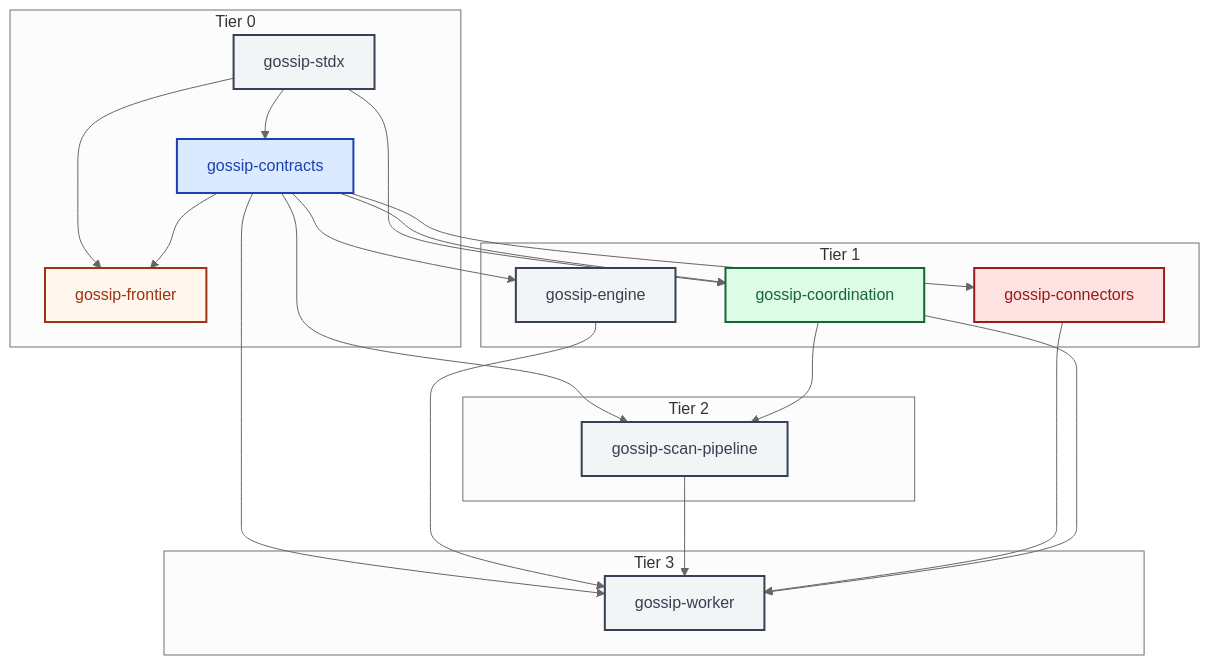
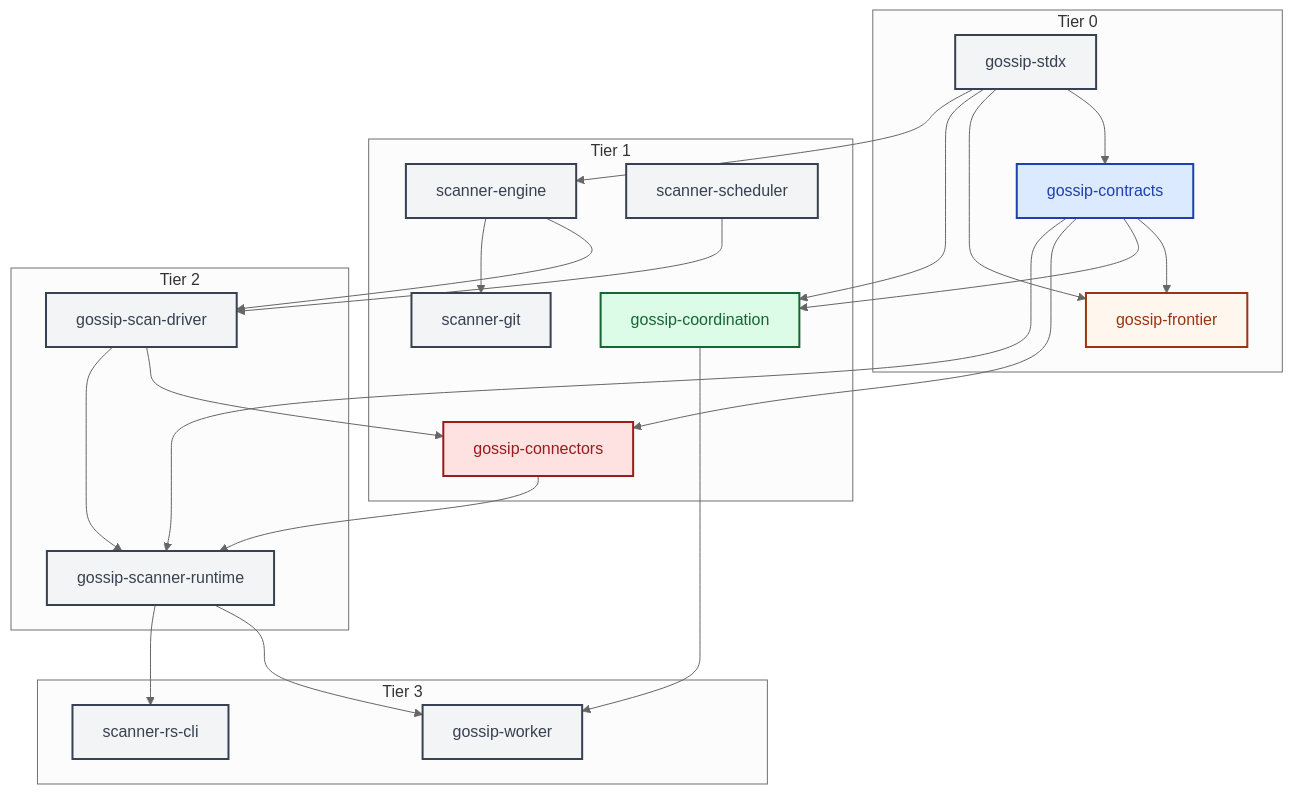
One commit to ahrav/Gossip-rs changed the fourth of 4 diagrams in diagrams/01-system-overview.md. Above: the diagram before and after it, drawn with Mermaid (neutral theme). The commit also changed other lines of this file and 65 other files, not shown here.

Commit message:
Update skill descriptions and documentation to reflect gossip-rs workspace architecture

````diff
--- a/diagrams/01-system-overview.md
+++ b/diagrams/01-system-overview.md
@@ -229,47 +242,58 @@
 ```mermaid
 %% Diagram: build-dag
 graph TD
     subgraph "Tier 0"
         stdx["gossip-stdx"]
         contracts["gossip-contracts"]
         frontier["gossip-frontier"]
     end
 
     subgraph "Tier 1"
         coordination["gossip-coordination"]
         connectors["gossip-connectors"]
-        engine["gossip-engine"]
+        scanner_engine["scanner-engine"]
+        scanner_scheduler["scanner-scheduler"]
+        scanner_git["scanner-git"]
     end
 
     subgraph "Tier 2"
-        pipeline["gossip-scan-pipeline"]
+        scan_driver["gossip-scan-driver"]
+        runtime["gossip-scanner-runtime"]
     end
 
     subgraph "Tier 3"
         worker["gossip-worker"]
+        cli["scanner-rs-cli"]
     end
 
     stdx --> contracts
     stdx --> frontier
     stdx --> coordination
+    stdx --> scanner_engine
     contracts --> frontier
     contracts --> coordination
     contracts --> connectors
-    contracts --> engine
-    contracts --> pipeline
-    coordination --> pipeline
-    contracts --> worker
-    engine --> worker
-    pipeline --> worker
-    connectors --> worker
+    scanner_engine --> scan_driver
+    scanner_scheduler --> scan_driver
+    scan_driver --> connectors
+    scanner_engine --> scanner_git
+    scan_driver --> runtime
+    connectors --> runtime
+    contracts --> runtime
+    runtime --> worker
     coordination --> worker
+    runtime --> cli
 
     style stdx fill:#F3F4F6,stroke:#374151,stroke-width:2px,color:#374151
     style contracts fill:#DBEAFE,stroke:#1E40AF,stroke-width:2px,color:#1E40AF
     style frontier fill:#FFF7ED,stroke:#9A3412,stroke-width:2px,color:#9A3412
     style coordination fill:#DCFCE7,stroke:#166534,stroke-width:2px,color:#166534
     style connectors fill:#FEE2E2,stroke:#991B1B,stroke-width:2px,color:#991B1B
-    style engine fill:#F3F4F6,stroke:#374151,stroke-width:2px,color:#374151
-    style pipeline fill:#F3F4F6,stroke:#374151,stroke-width:2px,color:#374151
+    style scan_driver fill:#F3F4F6,stroke:#374151,stroke-width:2px,color:#374151
+    style scanner_engine fill:#F3F4F6,stroke:#374151,stroke-width:2px,color:#374151
+    style scanner_scheduler fill:#F3F4F6,stroke:#374151,stroke-width:2px,color:#374151
+    style scanner_git fill:#F3F4F6,stroke:#374151,stroke-width:2px,color:#374151
+    style runtime fill:#F3F4F6,stroke:#374151,stroke-width:2px,color:#374151
     style worker fill:#F3F4F6,stroke:#374151,stroke-width:2px,color:#374151
+    style cli fill:#F3F4F6,stroke:#374151,stroke-width:2px,color:#374151
 ```
````
